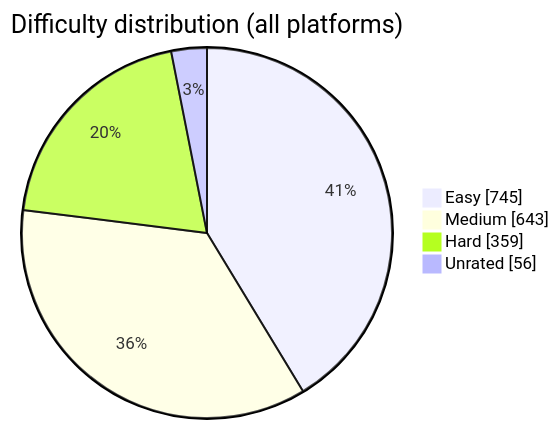
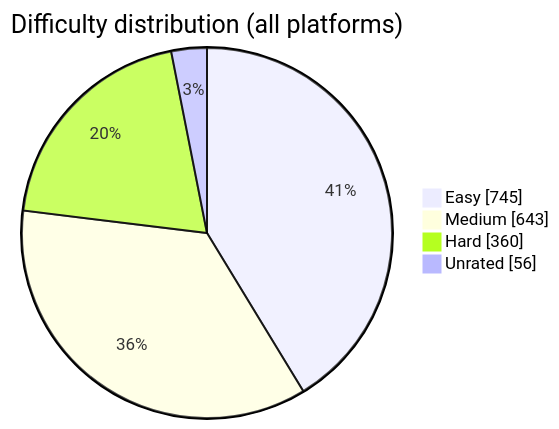
One commit to BuildbyArindam/Daily-Coding-Log changed the diagram in README.md. Above: the diagram before and after it, drawn with Mermaid. The commit also changed other lines of this file, not shown here.

````diff
--- a/README.md
+++ b/README.md
@@ -108,7 +108,7 @@
 ```mermaid
 pie showData title Difficulty distribution (all platforms)
     "Easy" : 745
     "Medium" : 643
-    "Hard" : 359
+    "Hard" : 360
     "Unrated" : 56
 ```
````
